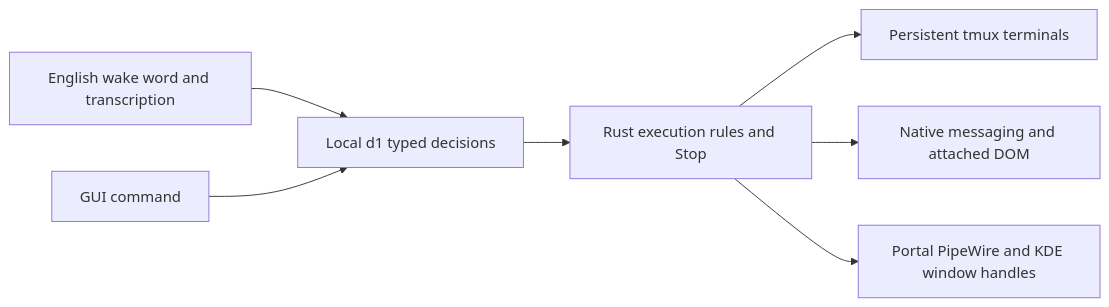
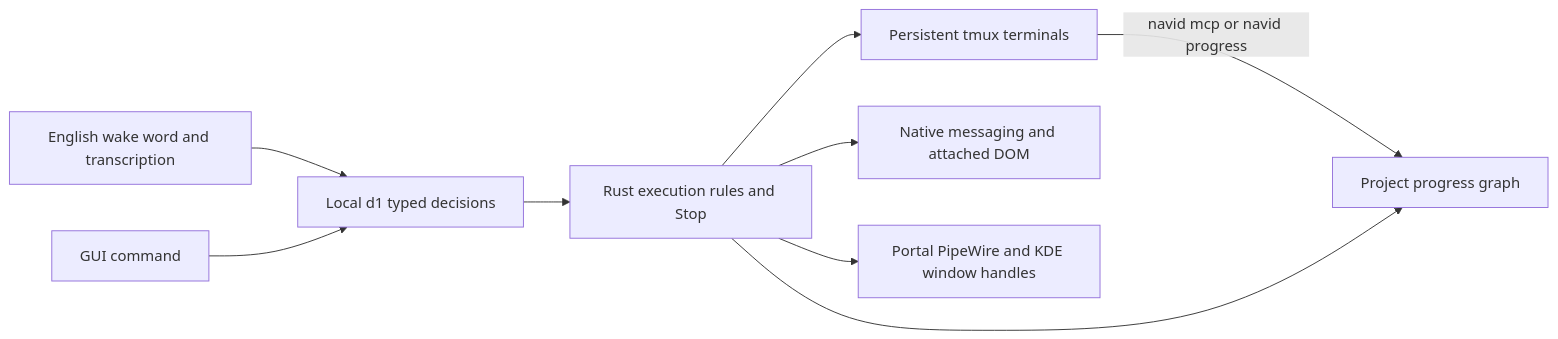
Before and after one commit to AH64-dll/Navi: the diagram in apps/navi/README.md, drawn with Mermaid. The commit also changed other lines of this file, not shown here.

````diff
--- a/apps/navi/README.md
+++ b/apps/navi/README.md
@@ -9,9 +9,11 @@
 ```mermaid
 flowchart LR
     Voice[English wake word and transcription] --> Chief[Local d1 typed decisions]
     Command[GUI command] --> Chief
     Chief --> Rust[Rust execution rules and Stop]
     Rust --> Sessions[Persistent tmux terminals]
     Rust --> Browser[Native messaging and attached DOM]
     Rust --> Desktop[Portal PipeWire and KDE window handles]
+    Sessions -->|navid mcp or navid progress| Progress[Project progress graph]
+    Rust --> Progress
 ```
````
